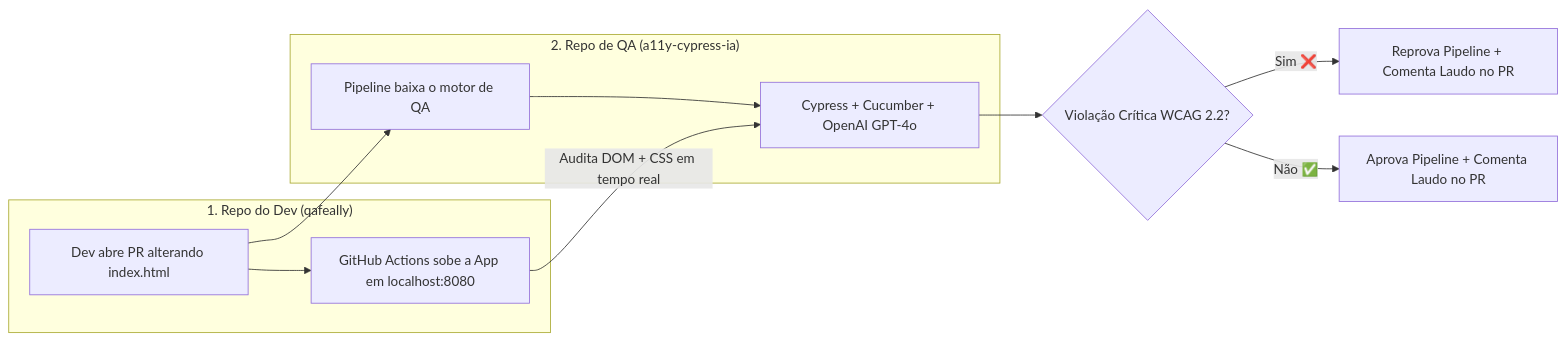
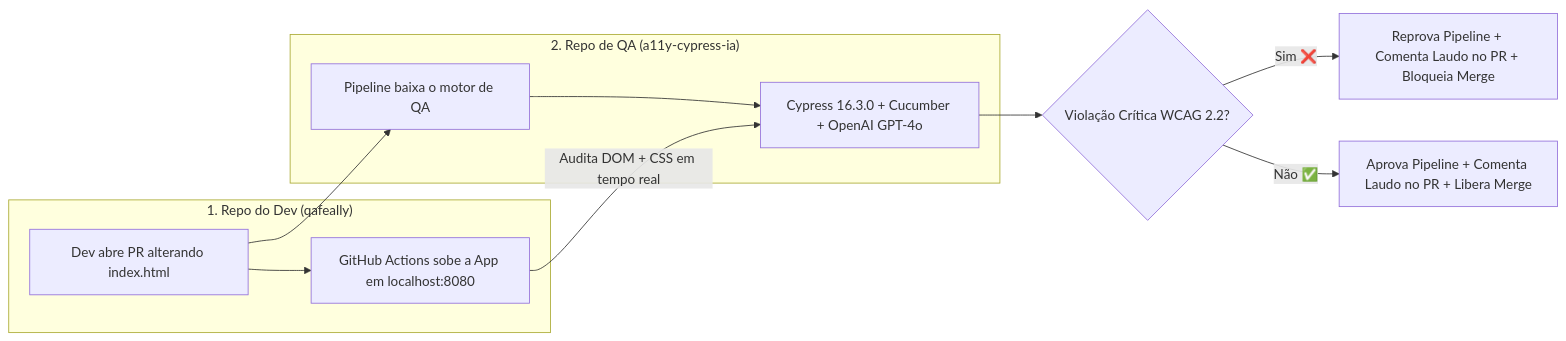
The diagram in README.md (AngeloFDiasGTech/qafeally), drawn with Mermaid before and after one commit. The commit also changed other lines of this file and 1 other file, not shown here.

````diff
--- a/README.md
+++ b/README.md
@@ -20,20 +22,20 @@
 ```mermaid
 flowchart LR
     subgraph RepoDev["1. Repo do Dev (qafeally)"]
         PR["Dev abre PR alterando index.html"]
         App["GitHub Actions sobe a App em localhost:8080"]
     end
 
     subgraph RepoQA["2. Repo de QA (a11y-cypress-ia)"]
         CheckoutQA["Pipeline baixa o motor de QA"]
-        Cypress["Cypress + Cucumber + OpenAI GPT-4o"]
+        Cypress["Cypress 16.3.0 + Cucumber + OpenAI GPT-4o"]
     end
 
     PR --> App
     PR --> CheckoutQA
     CheckoutQA --> Cypress
     App -- "Audita DOM + CSS em tempo real" --> Cypress
     Cypress --> Veredito{"Violação Crítica WCAG 2.2?"}
-    Veredito -- "Sim ❌" --> Block["Reprova Pipeline + Comenta Laudo no PR"]
-    Veredito -- "Não ✅" --> Pass["Aprova Pipeline + Comenta Laudo no PR"]
+    Veredito -- "Sim ❌" --> Block["Reprova Pipeline + Comenta Laudo no PR + Bloqueia Merge"]
+    Veredito -- "Não ✅" --> Pass["Aprova Pipeline + Comenta Laudo no PR + Libera Merge"]
 ```
````
